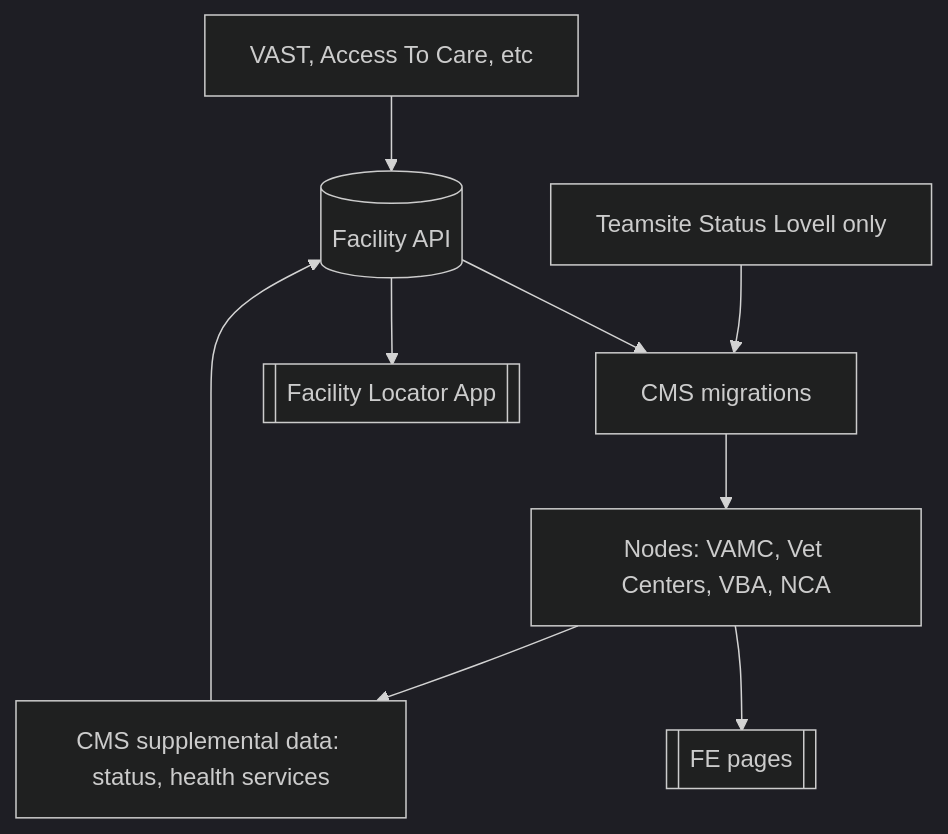
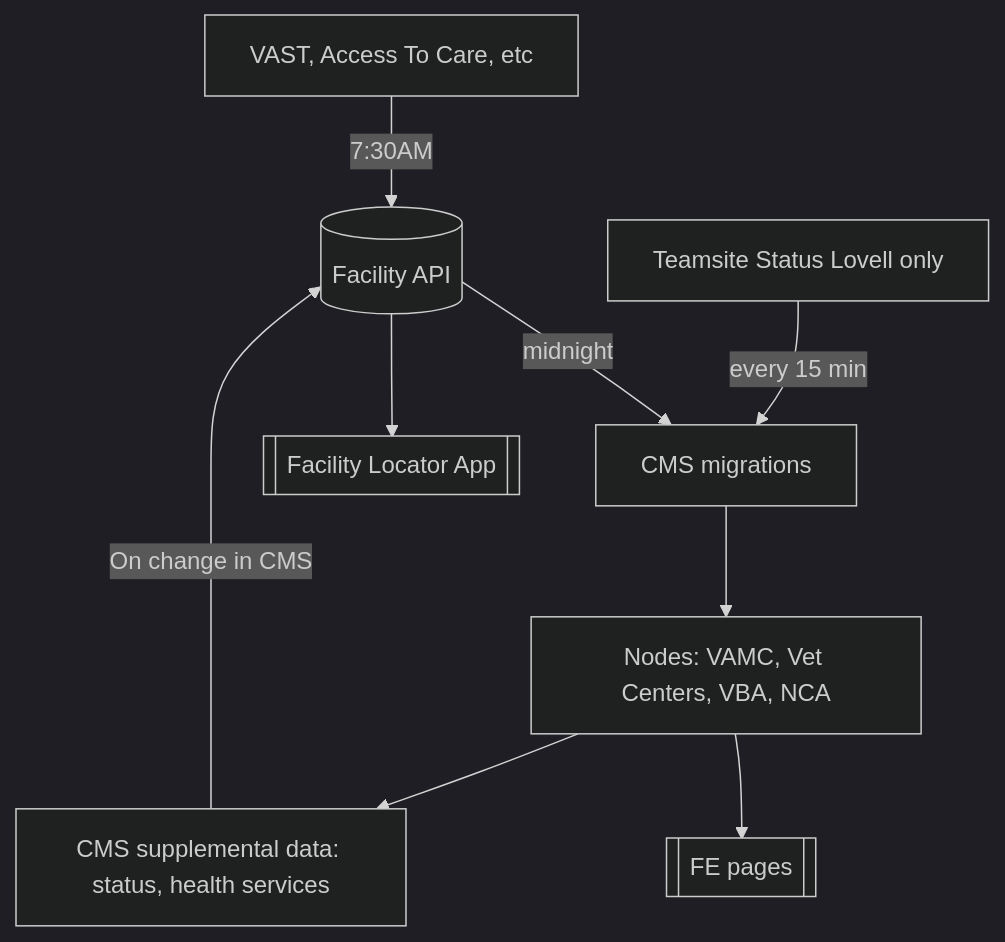
The diagram in READMES/migrations-facility.md (department-of-veterans-affairs/va.gov-cms), drawn with Mermaid (dark theme) before and after one commit.

Commit message:
[DOCS] Add facility migration timing to Readme.

````diff
--- a/READMES/migrations-facility.md
+++ b/READMES/migrations-facility.md
@@ -13,11 +13,11 @@
 ```mermaid
-graph TD;
-    vast[VAST, Access To Care, etc]-->fapi;
-    fapi[(Facility API)]-->migrations[CMS migrations];
+  graph TD;
+    vast[VAST, Access To Care, etc]-- 7:30AM -->fapi;
+    fapi[(Facility API)]-- midnight -->migrations[CMS migrations];
     fapi-->fl[[Facility Locator App]];
-    teamsite[Teamsite Status Lovell only]-->migrations;
+    teamsite[Teamsite Status Lovell only]-- every 15 min -->migrations;
     migrations-->nodes[Nodes: VAMC, Vet Centers, VBA, NCA];
     nodes-->FE[[FE pages]];
     nodes-->data
-    data[CMS supplemental data: status, health services] -->fapi;
+    data[CMS supplemental data: status, health services] -- On change in CMS -->fapi;
 ```
````
